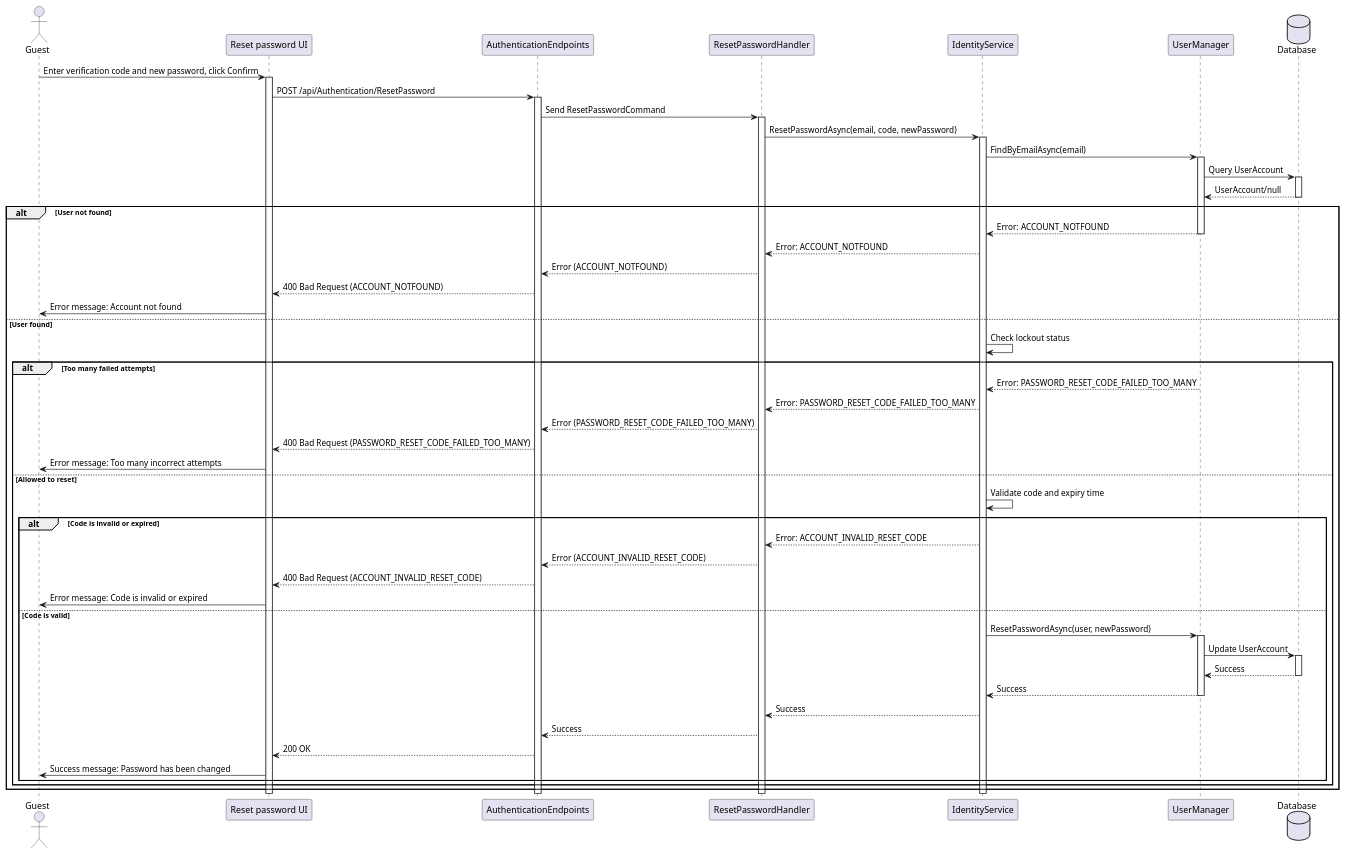
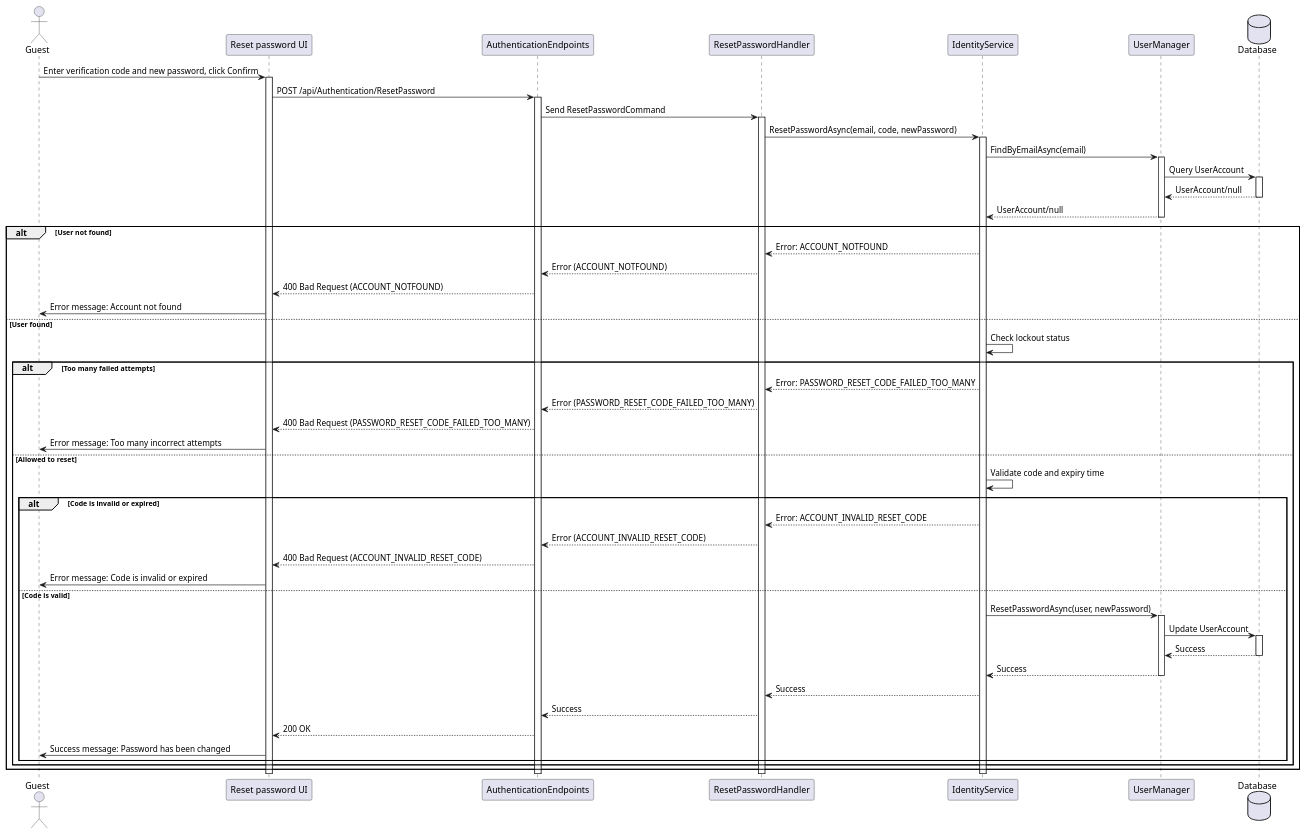
One commit to thanhkhac/SEP_Diagram changed the diagram in authentication/sequence/09_ResetPassword.puml. Above: the diagram before and after it, drawn with PlantUML. The commit also changed 30 other files, not shown here.

First line of the commit message:
Refactor sequence diagrams and update actor names

```diff
--- a/authentication/sequence/09_ResetPassword.puml
+++ b/authentication/sequence/09_ResetPassword.puml
@@ -1,67 +1,67 @@
 @startuml
 actor Guest as User
 participant "Reset password UI" as UI
 participant AuthenticationEndpoints
 participant ResetPasswordHandler
 participant IdentityService
 participant UserManager
 Database Database
 
 User -> UI : Enter verification code and new password, click Confirm
 activate UI
 UI -> AuthenticationEndpoints : POST /api/Authentication/ResetPassword
 activate AuthenticationEndpoints
 AuthenticationEndpoints -> ResetPasswordHandler : Send ResetPasswordCommand
 activate ResetPasswordHandler
 ResetPasswordHandler -> IdentityService : ResetPasswordAsync(email, code, newPassword)
 activate IdentityService
 IdentityService -> UserManager : FindByEmailAsync(email)
 activate UserManager
 UserManager -> Database : Query UserAccount
 activate Database
 Database --> UserManager : UserAccount/null
 deactivate Database
+    UserManager --> IdentityService : UserAccount/null
+deactivate UserManager
+
 alt User not found
-    UserManager --> IdentityService : Error: ACCOUNT_NOTFOUND
-    deactivate UserManager
     IdentityService --> ResetPasswordHandler : Error: ACCOUNT_NOTFOUND
     ResetPasswordHandler --> AuthenticationEndpoints : Error (ACCOUNT_NOTFOUND)
     AuthenticationEndpoints --> UI : 400 Bad Request (ACCOUNT_NOTFOUND)
     UI -> User : Error message: Account not found
 else User found
     IdentityService -> IdentityService : Check lockout status
     alt Too many failed attempts
-        UserManager --> IdentityService : Error: PASSWORD_RESET_CODE_FAILED_TOO_MANY
         deactivate UserManager
         IdentityService --> ResetPasswordHandler : Error: PASSWORD_RESET_CODE_FAILED_TOO_MANY
         ResetPasswordHandler --> AuthenticationEndpoints : Error (PASSWORD_RESET_CODE_FAILED_TOO_MANY)
         AuthenticationEndpoints --> UI : 400 Bad Request (PASSWORD_RESET_CODE_FAILED_TOO_MANY)
         UI -> User : Error message: Too many incorrect attempts
     else Allowed to reset
         IdentityService -> IdentityService : Validate code and expiry time
         alt Code is invalid or expired
             IdentityService --> ResetPasswordHandler : Error: ACCOUNT_INVALID_RESET_CODE
             ResetPasswordHandler --> AuthenticationEndpoints : Error (ACCOUNT_INVALID_RESET_CODE)
             AuthenticationEndpoints --> UI : 400 Bad Request (ACCOUNT_INVALID_RESET_CODE)
             UI -> User : Error message: Code is invalid or expired
         else Code is valid
             IdentityService -> UserManager : ResetPasswordAsync(user, newPassword)
             activate UserManager
             UserManager -> Database : Update UserAccount
             activate Database
             Database --> UserManager : Success
             deactivate Database
             UserManager --> IdentityService : Success
             deactivate UserManager
             IdentityService --> ResetPasswordHandler : Success
             ResetPasswordHandler --> AuthenticationEndpoints : Success
             AuthenticationEndpoints --> UI : 200 OK
             UI -> User : Success message: Password has been changed
         end
     end
 end
 deactivate IdentityService
 deactivate ResetPasswordHandler
 deactivate AuthenticationEndpoints
 deactivate UI
 @enduml
```
